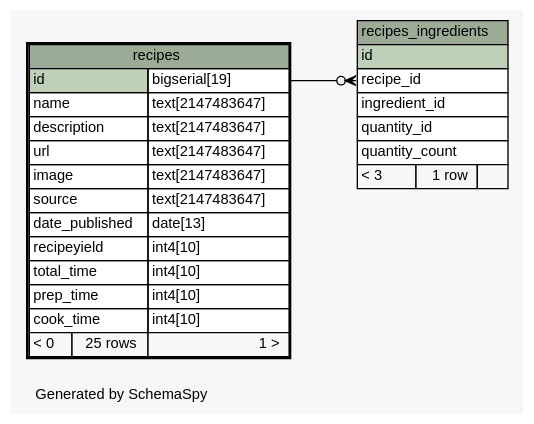
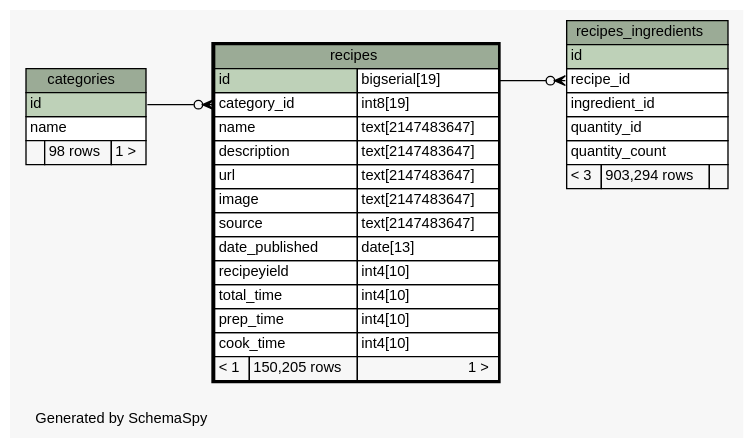
One commit to pianiel/food-net changed the diagram in doc/diagrams/recipes.1degree.dot. Above: the diagram before and after it, drawn with Graphviz. The commit also changed 39 other files, not shown here.

Commit message:
updated database schema

```diff
--- a/doc/diagrams/recipes.1degree.dot
+++ b/doc/diagrams/recipes.1degree.dot
@@ -1,57 +1,70 @@
-// dot 2.26.3 on Linux 3.8.0-31-generic
+// dot 2.26.3 on Linux 3.8.0-33-generic
 // SchemaSpy rev 590
 digraph "oneDegreeRelationshipsDiagram" {
   graph [
     rankdir="RL"
     bgcolor="#f7f7f7"
     label="\nGenerated by SchemaSpy"
     labeljust="l"
     nodesep="0.18"
     ranksep="0.46"
     fontname="Helvetica"
     fontsize="11"
   ];
   node [
     fontname="Helvetica"
     fontsize="11"
     shape="plaintext"
   ];
   edge [
     arrowsize="0.8"
   ];
+  "recipes":"category_id":w -> "categories":"id":e [arrowhead=none dir=back arrowtail=crowodot];
   "recipes_ingredients":"recipe_id":w -> "recipes":"id.type":e [arrowhead=none dir=back arrowtail=crowodot];
+  "categories" [
+    label=<
+    <TABLE BORDER="0" CELLBORDER="1" CELLSPACING="0" BGCOLOR="#ffffff">
+      <TR><TD COLSPAN="3" BGCOLOR="#9bab96" ALIGN="CENTER">categories</TD></TR>
+      <TR><TD PORT="id" COLSPAN="3" BGCOLOR="#bed1b8" ALIGN="LEFT">id</TD></TR>
+      <TR><TD PORT="name" COLSPAN="3" ALIGN="LEFT">name</TD></TR>
+      <TR><TD ALIGN="LEFT" BGCOLOR="#f7f7f7">  </TD><TD ALIGN="RIGHT" BGCOLOR="#f7f7f7">98 rows</TD><TD ALIGN="RIGHT" BGCOLOR="#f7f7f7">1 &gt;</TD></TR>
+    </TABLE>>
+    URL="categories.html"
+    tooltip="categories"
+  ];
   "recipes" [
     label=<
     <TABLE BORDER="2" CELLBORDER="1" CELLSPACING="0" BGCOLOR="#ffffff">
       <TR><TD COLSPAN="3" BGCOLOR="#9bab96" ALIGN="CENTER">recipes</TD></TR>
       <TR><TD PORT="id" COLSPAN="2" BGCOLOR="#bed1b8" ALIGN="LEFT">id</TD><TD PORT="id.type" ALIGN="LEFT">bigserial[19]</TD></TR>
+      <TR><TD PORT="category_id" COLSPAN="2" ALIGN="LEFT">category_id</TD><TD PORT="category_id.type" ALIGN="LEFT">int8[19]</TD></TR>
       <TR><TD PORT="name" COLSPAN="2" ALIGN="LEFT">name</TD><TD PORT="name.type" ALIGN="LEFT">text[2147483647]</TD></TR>
       <TR><TD PORT="description" COLSPAN="2" ALIGN="LEFT">description</TD><TD PORT="description.type" ALIGN="LEFT">text[2147483647]</TD></TR>
       <TR><TD PORT="url" COLSPAN="2" ALIGN="LEFT">url</TD><TD PORT="url.type" ALIGN="LEFT">text[2147483647]</TD></TR>
       <TR><TD PORT="image" COLSPAN="2" ALIGN="LEFT">image</TD><TD PORT="image.type" ALIGN="LEFT">text[2147483647]</TD></TR>
       <TR><TD PORT="source" COLSPAN="2" ALIGN="LEFT">source</TD><TD PORT="source.type" ALIGN="LEFT">text[2147483647]</TD></TR>
       <TR><TD PORT="date_published" COLSPAN="2" ALIGN="LEFT">date_published</TD><TD PORT="date_published.type" ALIGN="LEFT">date[13]</TD></TR>
       <TR><TD PORT="recipeyield" COLSPAN="2" ALIGN="LEFT">recipeyield</TD><TD PORT="recipeyield.type" ALIGN="LEFT">int4[10]</TD></TR>
       <TR><TD PORT="total_time" COLSPAN="2" ALIGN="LEFT">total_time</TD><TD PORT="total_time.type" ALIGN="LEFT">int4[10]</TD></TR>
       <TR><TD PORT="prep_time" COLSPAN="2" ALIGN="LEFT">prep_time</TD><TD PORT="prep_time.type" ALIGN="LEFT">int4[10]</TD></TR>
       <TR><TD PORT="cook_time" COLSPAN="2" ALIGN="LEFT">cook_time</TD><TD PORT="cook_time.type" ALIGN="LEFT">int4[10]</TD></TR>
-      <TR><TD ALIGN="LEFT" BGCOLOR="#f7f7f7">&lt; 0</TD><TD ALIGN="RIGHT" BGCOLOR="#f7f7f7">25 rows</TD><TD ALIGN="RIGHT" BGCOLOR="#f7f7f7">1 &gt;</TD></TR>
+      <TR><TD ALIGN="LEFT" BGCOLOR="#f7f7f7">&lt; 1</TD><TD ALIGN="RIGHT" BGCOLOR="#f7f7f7">150,205 rows</TD><TD ALIGN="RIGHT" BGCOLOR="#f7f7f7">1 &gt;</TD></TR>
     </TABLE>>
     URL="recipes.html"
     tooltip="recipes"
   ];
   "recipes_ingredients" [
     label=<
     <TABLE BORDER="0" CELLBORDER="1" CELLSPACING="0" BGCOLOR="#ffffff">
       <TR><TD COLSPAN="3" BGCOLOR="#9bab96" ALIGN="CENTER">recipes_ingredients</TD></TR>
       <TR><TD PORT="id" COLSPAN="3" BGCOLOR="#bed1b8" ALIGN="LEFT">id</TD></TR>
       <TR><TD PORT="recipe_id" COLSPAN="3" ALIGN="LEFT">recipe_id</TD></TR>
       <TR><TD PORT="ingredient_id" COLSPAN="3" ALIGN="LEFT">ingredient_id</TD></TR>
       <TR><TD PORT="quantity_id" COLSPAN="3" ALIGN="LEFT">quantity_id</TD></TR>
       <TR><TD PORT="quantity_count" COLSPAN="3" ALIGN="LEFT">quantity_count</TD></TR>
-      <TR><TD ALIGN="LEFT" BGCOLOR="#f7f7f7">&lt; 3</TD><TD ALIGN="RIGHT" BGCOLOR="#f7f7f7">1 row</TD><TD ALIGN="RIGHT" BGCOLOR="#f7f7f7">  </TD></TR>
+      <TR><TD ALIGN="LEFT" BGCOLOR="#f7f7f7">&lt; 3</TD><TD ALIGN="RIGHT" BGCOLOR="#f7f7f7">903,294 rows</TD><TD ALIGN="RIGHT" BGCOLOR="#f7f7f7">  </TD></TR>
     </TABLE>>
     URL="recipes_ingredients.html"
     tooltip="recipes_ingredients"
   ];
 }
```
